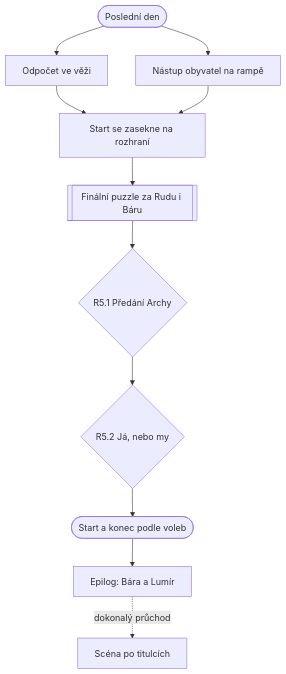
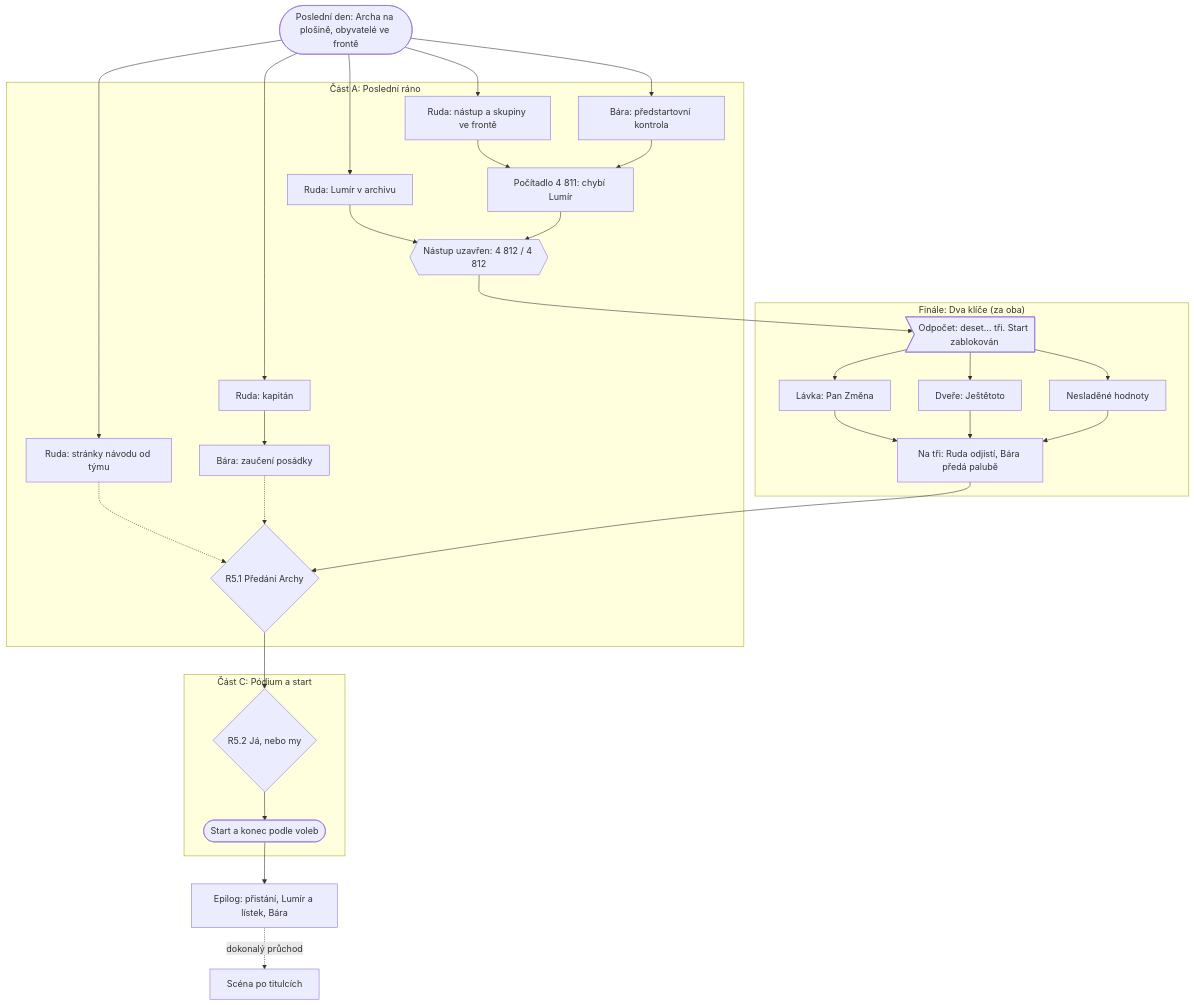
The diagram in docs/kapitoly/05-uzavreni.md (miroslavkrupa/games-termin-byl-vcera), drawn with Mermaid before and after one commit. The commit also changed other lines of this file and 10 other files, not shown here.

````diff
--- a/docs/kapitoly/05-uzavreni.md
+++ b/docs/kapitoly/05-uzavreni.md
@@ -53,12 +30,22 @@
 ```mermaid
 flowchart TD
-  start(["Poslední den"]) --> vez["Odpočet ve věži"]
-  start --> rampa["Nástup obyvatel na rampě"]
-  vez & rampa --> zasek["Start se zasekne na rozhraní"]
-  zasek --> spolu[["Finální puzzle za Rudu i Báru"]]
-  spolu --> r51{"R5.1 Předání Archy"}
-  r51 --> r52{"R5.2 Já, nebo my"}
-  r52 --> konec(["Start a konec podle voleb"])
-  konec --> epilog["Epilog: Bára a Lumír"]
+  start(["Poslední den: Archa na plošině, obyvatelé ve frontě"]) --> RD & RL & RN & RK & BK
+  subgraph A["Část A: Poslední ráno"]
+    RD["Ruda: nástup a skupiny ve frontě"] & BK["Bára: předstartovní kontrola"] --> CH["Počítadlo 4 811: chybí Lumír"]
+    RL["Ruda: Lumír v archivu"] --> UZ{{"Nástup uzavřen: 4 812 / 4 812"}}
+    CH --> UZ
+    RN["Ruda: stránky návodu od týmu"] -.-> R51
+    RK["Ruda: kapitán"] --> BZ["Bára: zaučení posádky"] -.-> R51
+  end
+  UZ --> odp>"Odpočet: deset… tři. Start zablokován"]
+  subgraph B["Finále: Dva klíče (za oba)"]
+    odp --> FL["Lávka: Pan Změna"] & FD["Dveře: Ještětoto"] & FN["Nesladěné hodnoty"]
+    FL & FD & FN --> FT["Na tři: Ruda odjistí, Bára předá palubě"]
+  end
+  FT --> R51{"R5.1 Předání Archy"}
+  subgraph C["Část C: Pódium a start"]
+    R51 --> R52{"R5.2 Já, nebo my"} --> konec(["Start a konec podle voleb"])
+  end
+  konec --> epilog["Epilog: přistání, Lumír a lístek, Bára"]
   epilog -.->|dokonalý průchod| titulky["Scéna po titulcích"]
 ```
````
